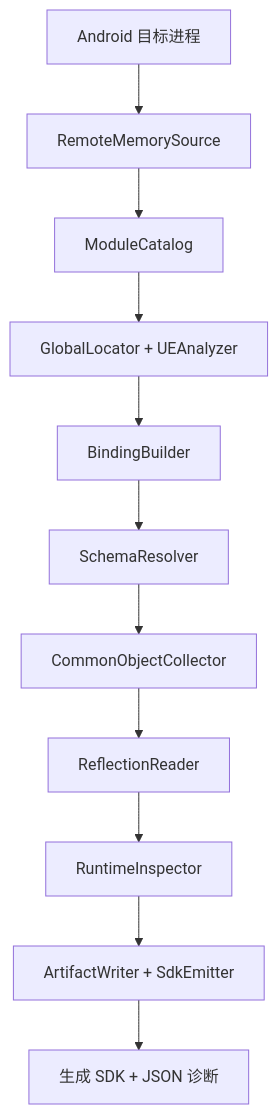
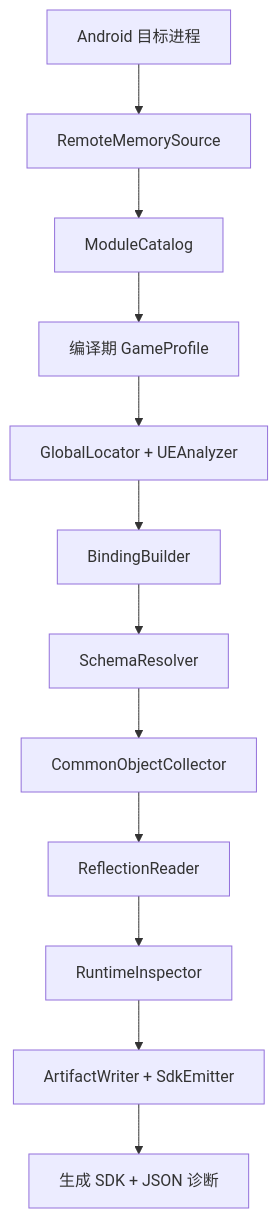
The diagram in README_zh.md (Ezeny1337/AndUEFker), drawn with Mermaid before and after one commit. The commit also changed other lines of this file and 1 other file, not shown here.

````diff
--- a/README_zh.md
+++ b/README_zh.md
@@ -34,13 +34,14 @@
 ```mermaid
 flowchart TD
     A[Android 目标进程] --> B[RemoteMemorySource]
     B --> C[ModuleCatalog]
-    C --> D[GlobalLocator + UEAnalyzer]
-    D --> E[BindingBuilder]
-    E --> F[SchemaResolver]
-    F --> G[CommonObjectCollector]
-    G --> H[ReflectionReader]
-    H --> K[RuntimeInspector]
-    K --> I[ArtifactWriter + SdkEmitter]
-    I --> J[生成 SDK + JSON 诊断]
+    C --> D[编译期 GameProfile]
+    D --> E[GlobalLocator + UEAnalyzer]
+    E --> F[BindingBuilder]
+    F --> G[SchemaResolver]
+    G --> H[CommonObjectCollector]
+    H --> I[ReflectionReader]
+    I --> K[RuntimeInspector]
+    K --> L[ArtifactWriter + SdkEmitter]
+    L --> M[生成 SDK + JSON 诊断]
 ```
````
